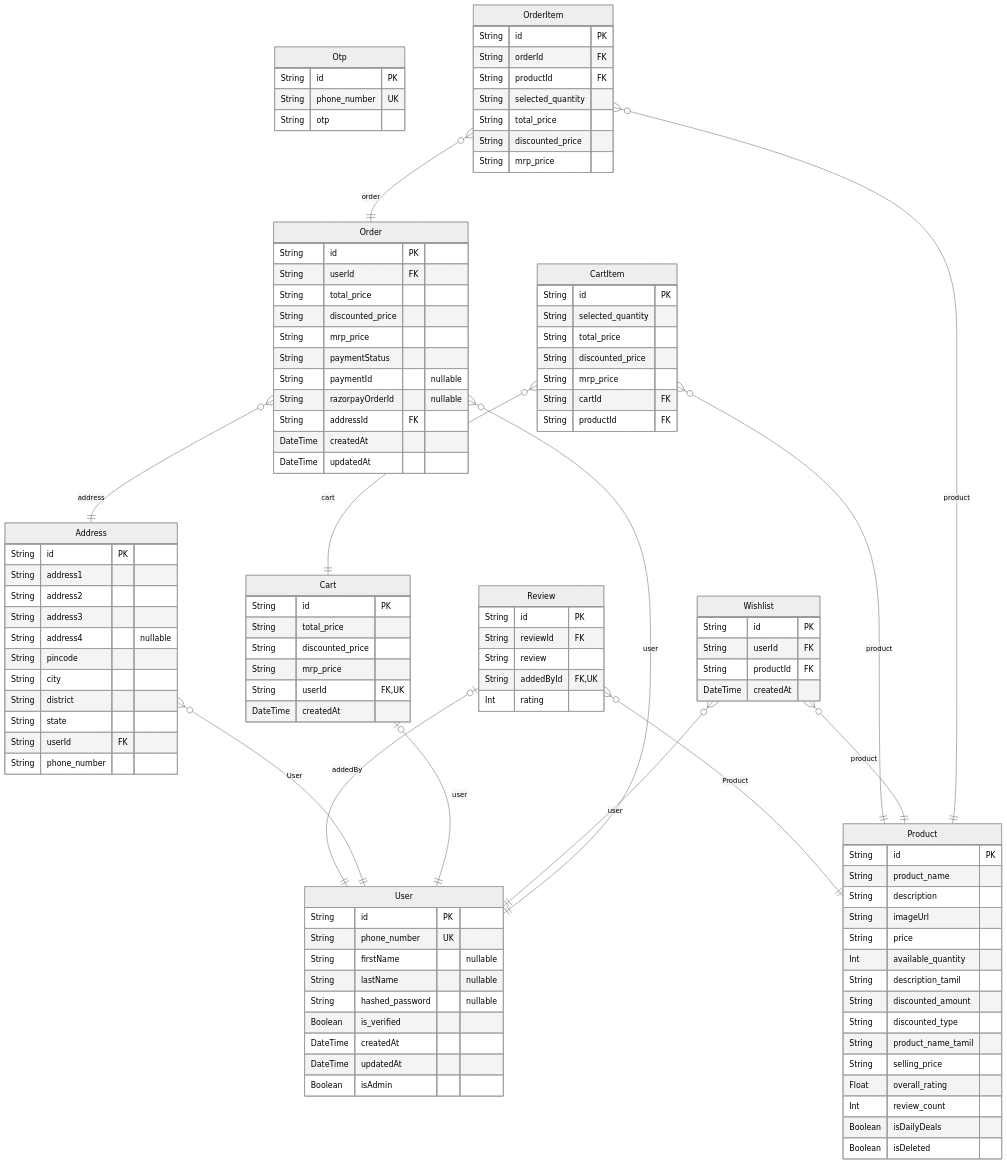
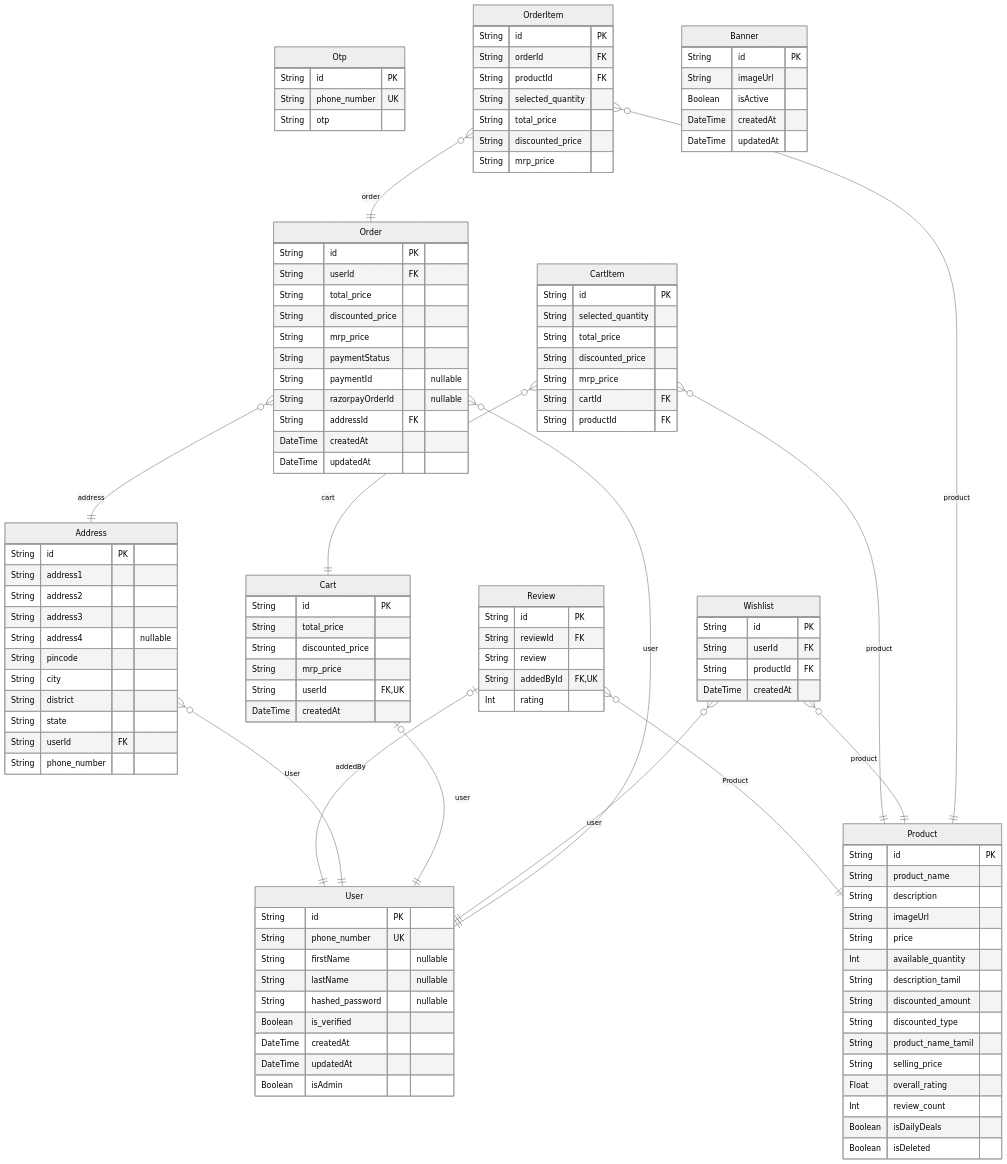
One commit to keerthi6790/futurenature_backend changed the diagram in prisma/prisma.md. Above: the diagram before and after it, drawn with Mermaid (neutral theme). The commit also changed other lines of this file and 11 other files, not shown here.

```diff
--- a/prisma/prisma.md
+++ b/prisma/prisma.md
@@ -106,6 +106,13 @@
   String discounted_price
   String mrp_price
 }
+"Banner" {
+  String id PK
+  String imageUrl
+  Boolean isActive
+  DateTime createdAt
+  DateTime updatedAt
+}
 "Review" |o--|| "User" : addedBy
 "Review" }o--|| "Product" : Product
 "Address" }o--|| "User" : User
```
